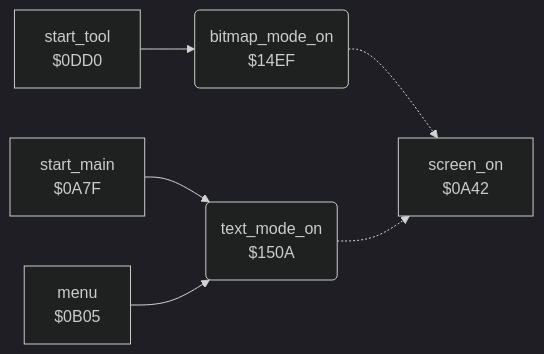
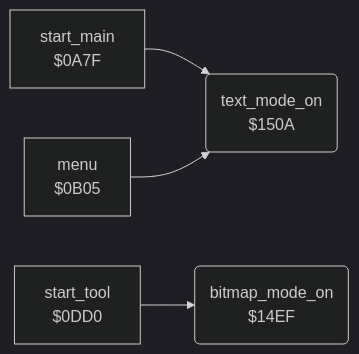
The diagram in koala_painter/v2/docs/reference/modules/graphics/display_mode.md (henols/c64_games), drawn with Mermaid (dark theme) before and after one commit. The commit also changed other lines of this file and 1100 other files, not shown here.

````diff
--- a/koala_painter/v2/docs/reference/modules/graphics/display_mode.md
+++ b/koala_painter/v2/docs/reference/modules/graphics/display_mode.md
@@ -10,14 +17,11 @@
 ```mermaid
 flowchart LR
-  n0a42["screen_on<br/>$0A42"]
   n0a7f["start_main<br/>$0A7F"]
   n0b05["menu<br/>$0B05"]
   n0dd0["start_tool<br/>$0DD0"]
   n14ef("bitmap_mode_on<br/>$14EF")
   n150a("text_mode_on<br/>$150A")
   n0a7f --> n150a
   n0b05 --> n150a
   n0dd0 --> n14ef
-  n14ef -.-> n0a42
-  n150a -.-> n0a42
 ```
````
